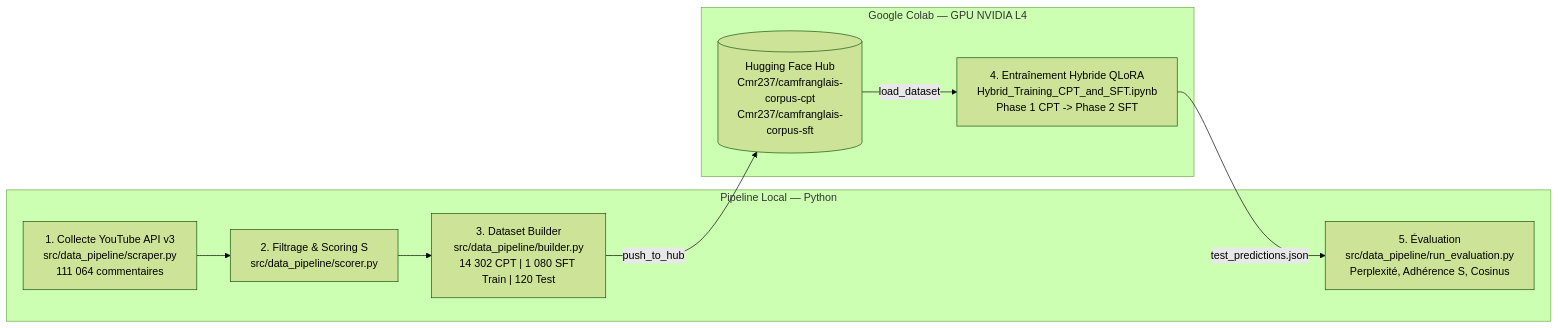
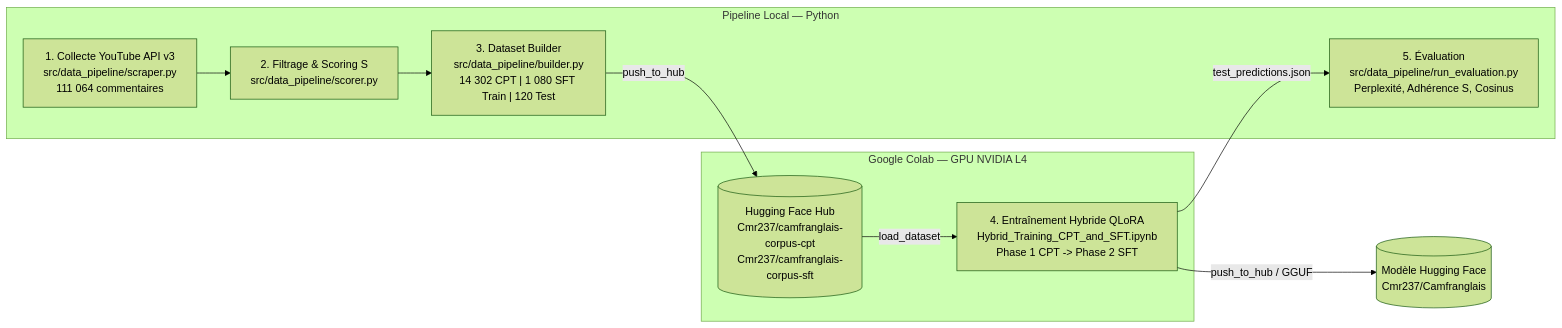
One commit to darylbdr/CameroonianLLM changed the diagram in README.md. Above: the diagram before and after it, drawn with Mermaid (forest theme). The commit also changed other lines of this file, not shown here.

Commit message:
Added the hugging face repo

````diff
--- a/README.md
+++ b/README.md
@@ -11,13 +15,14 @@
 ```mermaid
 flowchart LR
     subgraph LocalPC ["Pipeline Local — Python"]
         A["1. Collecte YouTube API v3<br/>src/data_pipeline/scraper.py<br/>111 064 commentaires"] --> B["2. Filtrage & Scoring S<br/>src/data_pipeline/scorer.py"]
         B --> C["3. Dataset Builder<br/>src/data_pipeline/builder.py<br/>14 302 CPT | 1 080 SFT Train | 120 Test"]
         E["5. Évaluation<br/>src/data_pipeline/run_evaluation.py<br/>Perplexité, Adhérence S, Cosinus"]
     end
     C -->|"push_to_hub"| HF[("Hugging Face Hub<br/>Cmr237/camfranglais-corpus-cpt<br/>Cmr237/camfranglais-corpus-sft")]
     subgraph ColabGPU ["Google Colab — GPU NVIDIA L4"]
         HF -->|"load_dataset"| D["4. Entraînement Hybride QLoRA<br/>Hybrid_Training_CPT_and_SFT.ipynb<br/>Phase 1 CPT -> Phase 2 SFT"]
     end
+    D -->|"push_to_hub / GGUF"| HFM[("Modèle Hugging Face<br/>Cmr237/Camfranglais")]
     D -->|"test_predictions.json"| E
 ```
````
